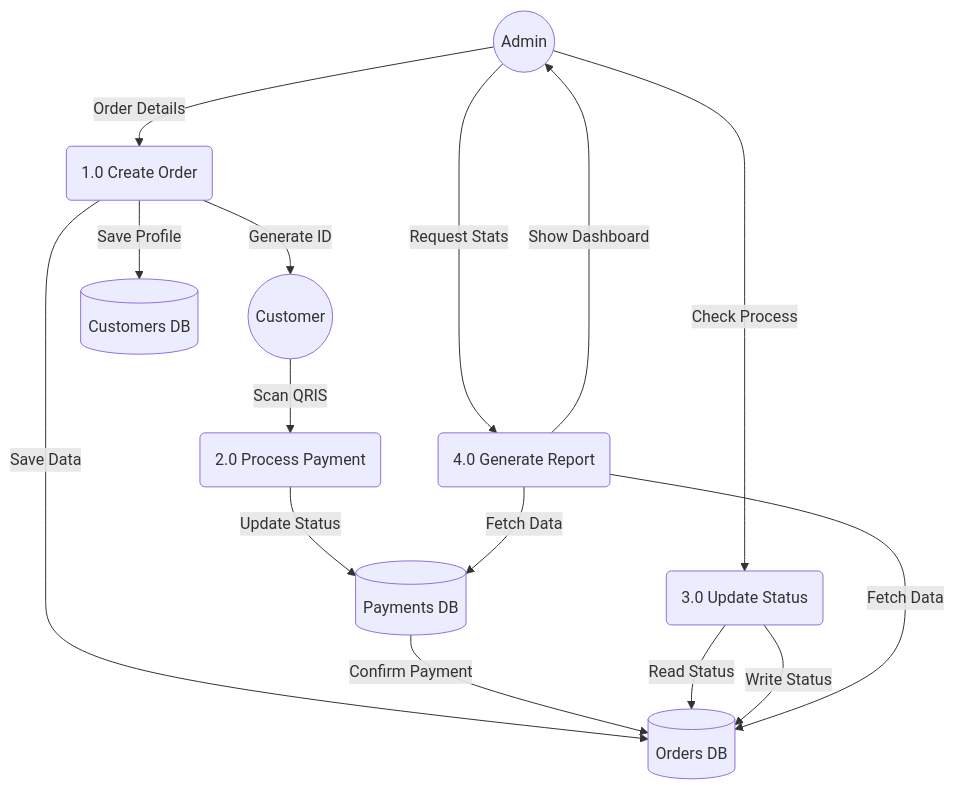
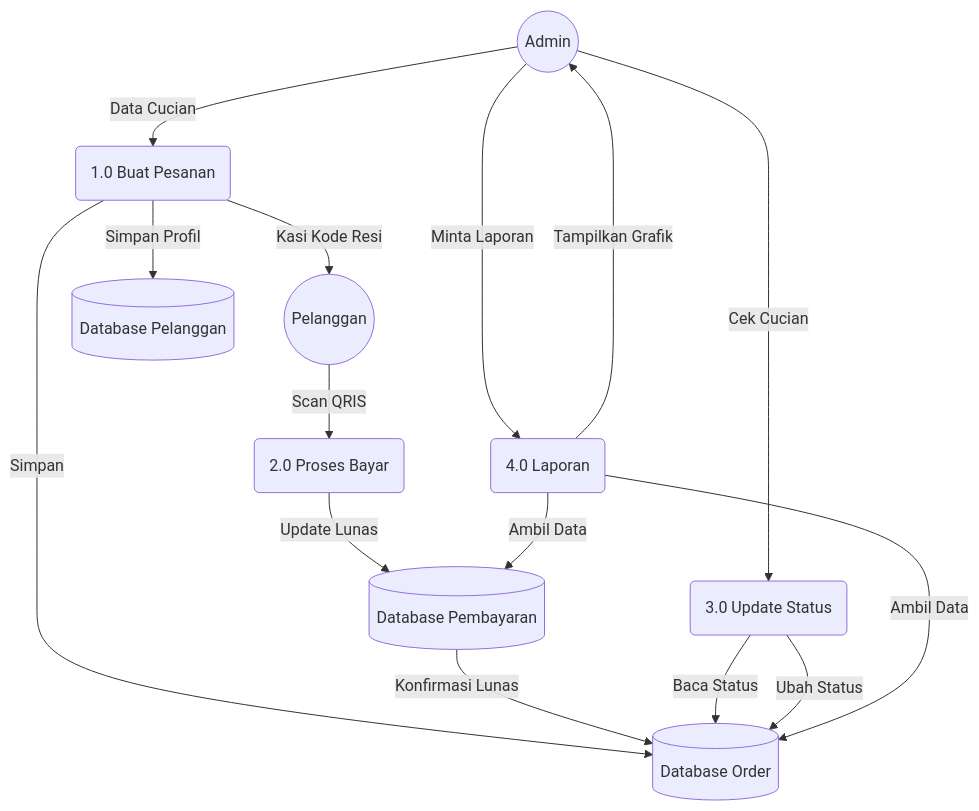
The second of 2 diagrams in docs/dfd.md (Zahh-ID/SusiLaundry), drawn with Mermaid before and after one commit. The commit also changed other lines of this file and 4 other files, not shown here.

````diff
--- a/docs/dfd.md
+++ b/docs/dfd.md
@@ -31,36 +35,36 @@
 ```mermaid
 graph TD
     %% Entities
     Admin((Admin))
-    Customer((Customer))
+    Customer((Pelanggan))
     
     %% Processes
-    P1(1.0 Create Order)
-    P2(2.0 Process Payment)
+    P1(1.0 Buat Pesanan)
+    P2(2.0 Proses Bayar)
     P3(3.0 Update Status)
-    P4(4.0 Generate Report)
+    P4(4.0 Laporan)
     
     %% Data Stores
-    DB_Orders[(Orders DB)]
-    DB_Customers[(Customers DB)]
-    DB_Payments[(Payments DB)]
+    DB_Orders[(Database Order)]
+    DB_Customers[(Database Pelanggan)]
+    DB_Payments[(Database Pembayaran)]
     
     %% Flows
-    Admin -->|Order Details| P1
-    P1 -->|Save Data| DB_Orders
-    P1 -->|Save Profile| DB_Customers
-    P1 -->|Generate ID| Customer
+    Admin -->|Data Cucian| P1
+    P1 -->|Simpan| DB_Orders
+    P1 -->|Simpan Profil| DB_Customers
+    P1 -->|Kasi Kode Resi| Customer
     
     Customer -->|Scan QRIS| P2
-    P2 -->|Update Status| DB_Payments
-    DB_Payments -->|Confirm Payment| DB_Orders
+    P2 -->|Update Lunas| DB_Payments
+    DB_Payments -->|Konfirmasi Lunas| DB_Orders
     
-    Admin -->|Check Process| P3
-    P3 -->|Read Status| DB_Orders
-    P3 -->|Write Status| DB_Orders
+    Admin -->|Cek Cucian| P3
+    P3 -->|Baca Status| DB_Orders
+    P3 -->|Ubah Status| DB_Orders
     
-    Admin -->|Request Stats| P4
-    P4 -->|Fetch Data| DB_Orders
-    P4 -->|Fetch Data| DB_Payments
-    P4 -->|Show Dashboard| Admin
+    Admin -->|Minta Laporan| P4
+    P4 -->|Ambil Data| DB_Orders
+    P4 -->|Ambil Data| DB_Payments
+    P4 -->|Tampilkan Grafik| Admin
 ```
````
